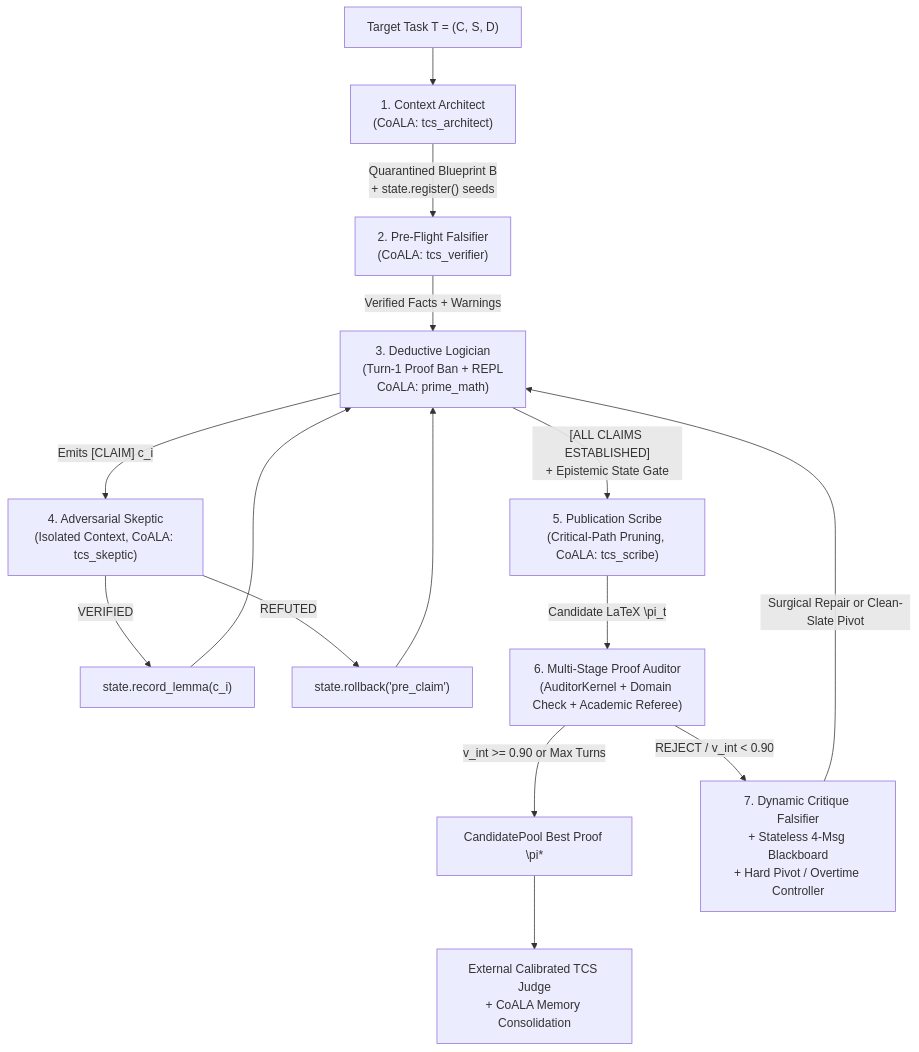
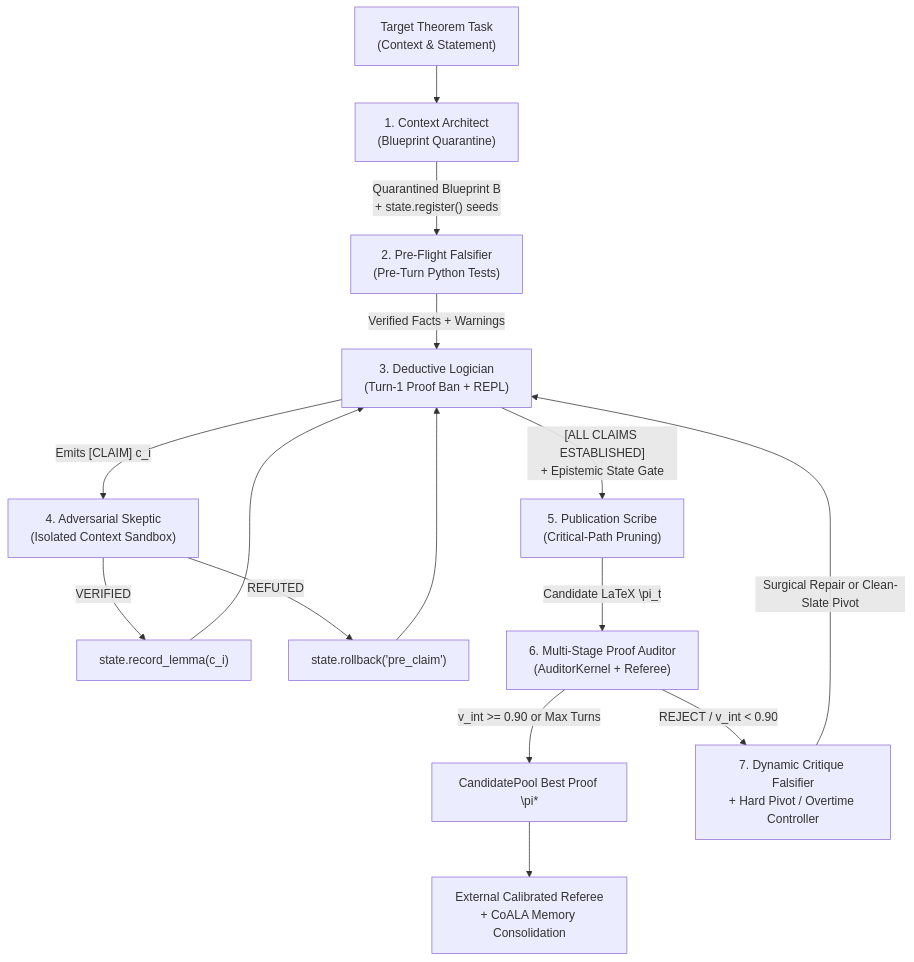
One commit to dionyziuz/proof_harness changed the diagram in README.md. Above: the diagram before and after it, drawn with Mermaid. The commit also changed 1 other file, not shown here.

Commit message:
docs: generalize 7-role cognitive names and configuration keys to domain-agnostic prover architecture

````diff
--- a/README.md
+++ b/README.md
@@ -312,20 +312,20 @@
 ```mermaid
 flowchart TD
-    Task["Target Task T = (C, S, D)"] --> S1["1. Context Architect\n(CoALA: tcs_architect)"]
-    S1 -->|"Quarantined Blueprint B\n+ state.register() seeds"| S2["2. Pre-Flight Falsifier\n(CoALA: tcs_verifier)"]
-    S2 -->|"Verified Facts + Warnings"| S3["3. Deductive Logician\n(Turn-1 Proof Ban + REPL\nCoALA: prime_math)"]
+    Task["Target Theorem Task\n(Context & Statement)"] --> S1["1. Context Architect\n(Blueprint Quarantine)"]
+    S1 -->|"Quarantined Blueprint B\n+ state.register() seeds"| S2["2. Pre-Flight Falsifier\n(Pre-Turn Python Tests)"]
+    S2 -->|"Verified Facts + Warnings"| S3["3. Deductive Logician\n(Turn-1 Proof Ban + REPL)"]
     
-    S3 -->|"Emits [CLAIM] c_i"| S4["4. Adversarial Skeptic\n(Isolated Context, CoALA: tcs_skeptic)"]
+    S3 -->|"Emits [CLAIM] c_i"| S4["4. Adversarial Skeptic\n(Isolated Context Sandbox)"]
     S4 -->|"VERIFIED"| Rec["state.record_lemma(c_i)"]
     S4 -->|"REFUTED"| Roll["state.rollback('pre_claim')"]
     Rec --> S3
     Roll --> S3
 
-    S3 -->|"[ALL CLAIMS ESTABLISHED]\n+ Epistemic State Gate"| S5["5. Publication Scribe\n(Critical-Path Pruning, CoALA: tcs_scribe)"]
-    S5 -->|"Candidate LaTeX \pi_t"| S6["6. Multi-Stage Proof Auditor\n(AuditorKernel + Domain Check + Academic Referee)"]
+    S3 -->|"[ALL CLAIMS ESTABLISHED]\n+ Epistemic State Gate"| S5["5. Publication Scribe\n(Critical-Path Pruning)"]
+    S5 -->|"Candidate LaTeX \pi_t"| S6["6. Multi-Stage Proof Auditor\n(AuditorKernel + Referee)"]
     
     S6 -->|"v_int >= 0.90 or Max Turns"| PoolOut["CandidatePool Best Proof \pi*"]
-    S6 -->|"REJECT / v_int < 0.90"| S7["7. Dynamic Critique Falsifier\n+ Stateless 4-Msg Blackboard\n+ Hard Pivot / Overtime Controller"]
+    S6 -->|"REJECT / v_int < 0.90"| S7["7. Dynamic Critique Falsifier\n+ Hard Pivot / Overtime Controller"]
     S7 -->|"Surgical Repair or Clean-Slate Pivot"| S3
-    PoolOut --> ExtJudge["External Calibrated TCS Judge\n+ CoALA Memory Consolidation"]
+    PoolOut --> ExtJudge["External Calibrated Referee\n+ CoALA Memory Consolidation"]
 ```
````
